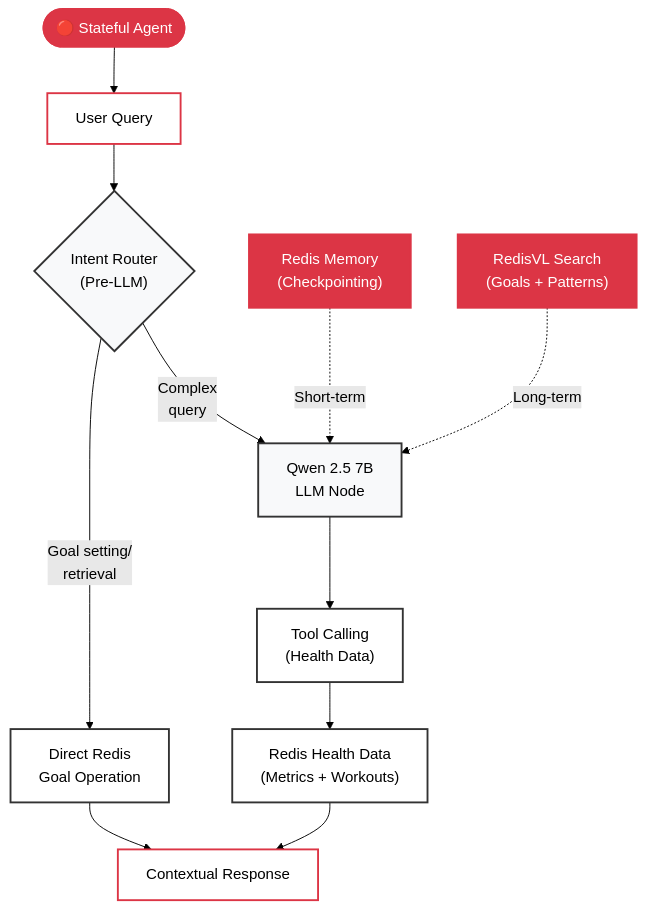
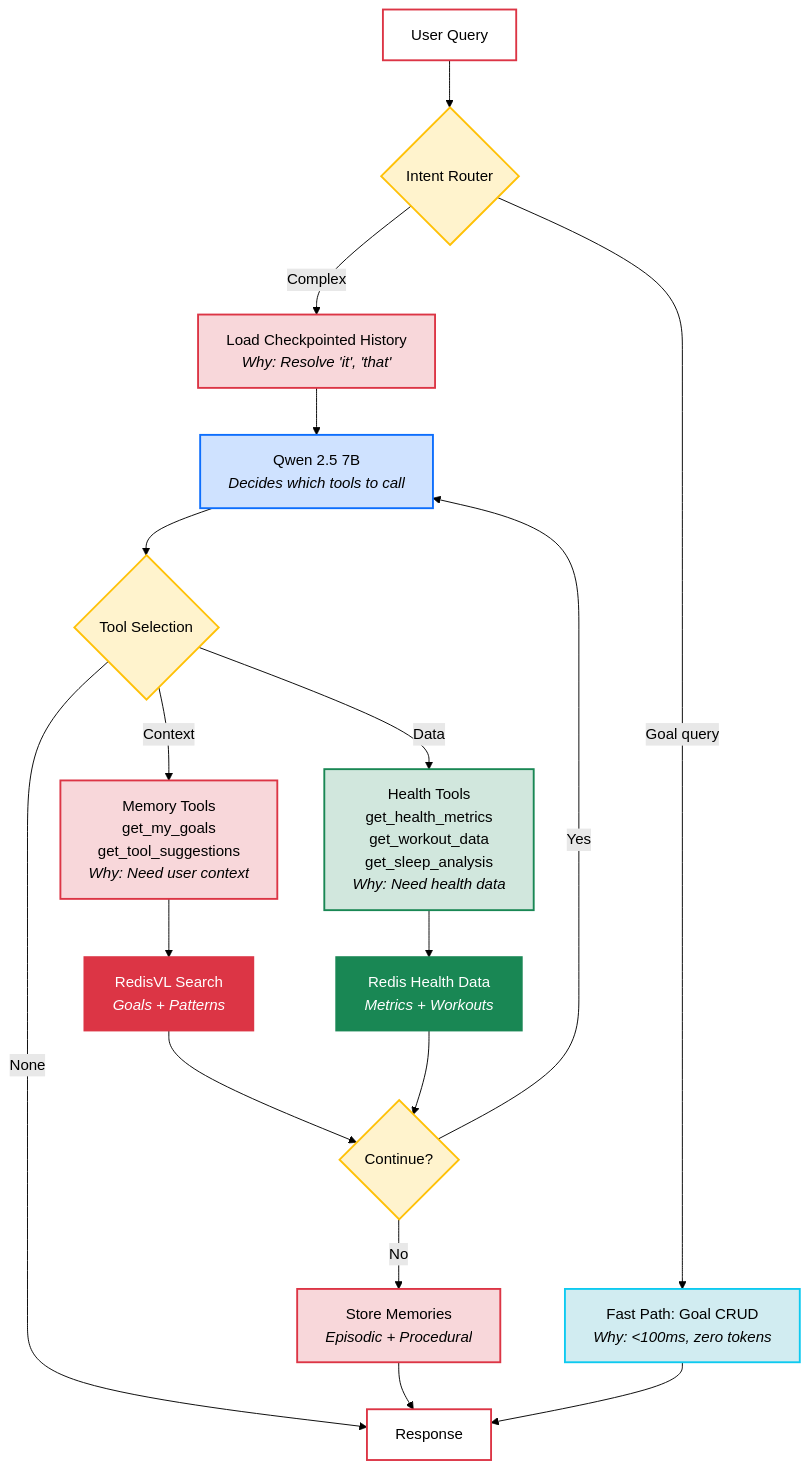
One commit to AllieRays/redis-wellness changed the second of 2 diagrams in docs/STATEFUL_AGENT.md. Above: the diagram before and after it, drawn with Mermaid (forest theme). The commit also changed other lines of this file and 3 other files, not shown here.

Commit message:
Enhance How It Works diagram with tool selection and memory details

````diff
--- a/docs/STATEFUL_AGENT.md
+++ b/docs/STATEFUL_AGENT.md
@@ -88,44 +88,57 @@
 ```mermaid
 flowchart TB
-    Start(["🔴 Stateful Agent"])
     Query["User Query"]
 
-    Router{"Intent Router<br/>(Pre-LLM)"}
-    GoalOp["Direct Redis<br/>Goal Operation"]
+    Router{"Intent Router"}
+    GoalOp["Fast Path: Goal CRUD<br/><i>Why: <100ms, zero tokens</i>"]
 
-    LLM["Qwen 2.5 7B<br/>LLM Node"]
+    Memory["Load Checkpointed History<br/><i>Why: Resolve 'it', 'that'</i>"]
 
-    ShortTerm["Redis Memory<br/>(Checkpointing)"]
-    LongTerm["RedisVL Search<br/>(Goals + Patterns)"]
+    LLM["Qwen 2.5 7B<br/><i>Decides which tools to call</i>"]
 
-    Tools["Tool Calling<br/>(Health Data)"]
-    HealthData["Redis Health Data<br/>(Metrics + Workouts)"]
+    Decision{"Tool Selection"}
 
-    Response["Contextual Response"]
+    MT["Memory Tools<br/>get_my_goals<br/>get_tool_suggestions<br/><i>Why: Need user context</i>"]
+    HT["Health Tools<br/>get_health_metrics<br/>get_workout_data<br/>get_sleep_analysis<br/><i>Why: Need health data</i>"]
 
-    Start --> Query
+    VectorDB["RedisVL Search<br/><i>Goals + Patterns</i>"]
+    HealthDB["Redis Health Data<br/><i>Metrics + Workouts</i>"]
+
+    Loop{"Continue?"}
+    Store["Store Memories<br/><i>Episodic + Procedural</i>"]
+    Response["Response"]
+
     Query --> Router
+    Router -->|"Goal query"| GoalOp
+    Router -->|"Complex"| Memory
+    Memory --> LLM
+    LLM --> Decision
 
-    Router -->|"Goal setting/<br/>retrieval"| GoalOp
-    Router -->|"Complex<br/>query"| LLM
+    Decision -->|"Context"| MT
+    Decision -->|"Data"| HT
+    Decision -->|"None"| Response
 
-    ShortTerm -."Short-term".-> LLM
-    LongTerm -."Long-term".-> LLM
+    MT --> VectorDB
+    HT --> HealthDB
+    VectorDB --> Loop
+    HealthDB --> Loop
 
-    LLM --> Tools
-    Tools --> HealthData
-    HealthData --> Response
-
+    Loop -->|"Yes"| LLM
+    Loop -->|"No"| Store
+    Store --> Response
     GoalOp --> Response
 
-    style Start fill:#dc3545,stroke:#dc3545,stroke-width:3px,color:#fff
-    style Query fill:#fff,stroke:#dc3545,stroke-width:2px,color:#000
-    style Router fill:#f8f9fa,stroke:#333,stroke-width:2px,color:#000
-    style LLM fill:#f8f9fa,stroke:#333,stroke-width:2px,color:#000
-    style ShortTerm fill:#dc3545,stroke:#dc3545,stroke-width:2px,color:#fff
-    style LongTerm fill:#dc3545,stroke:#dc3545,stroke-width:2px,color:#fff
-    style Tools fill:#fff,stroke:#333,stroke-width:2px,color:#000
-    style HealthData fill:#fff,stroke:#333,stroke-width:2px,color:#000
-    style Response fill:#fff,stroke:#dc3545,stroke-width:2px,color:#000
-    style GoalOp fill:#fff,stroke:#333,stroke-width:2px,color:#000
+    style Query fill:#fff,stroke:#dc3545,stroke-width:2px
+    style Router fill:#fff3cd,stroke:#ffc107,stroke-width:2px
+    style GoalOp fill:#d1ecf1,stroke:#0dcaf0,stroke-width:2px
+    style Memory fill:#f8d7da,stroke:#dc3545,stroke-width:2px
+    style LLM fill:#cfe2ff,stroke:#0d6efd,stroke-width:2px
+    style Decision fill:#fff3cd,stroke:#ffc107,stroke-width:2px
+    style MT fill:#f8d7da,stroke:#dc3545,stroke-width:2px
+    style HT fill:#d1e7dd,stroke:#198754,stroke-width:2px
+    style VectorDB fill:#dc3545,stroke:#dc3545,stroke-width:2px,color:#fff
+    style HealthDB fill:#198754,stroke:#198754,stroke-width:2px,color:#fff
+    style Loop fill:#fff3cd,stroke:#ffc107,stroke-width:2px
+    style Store fill:#f8d7da,stroke:#dc3545,stroke-width:2px
+    style Response fill:#fff,stroke:#dc3545,stroke-width:2px
 ```
````
